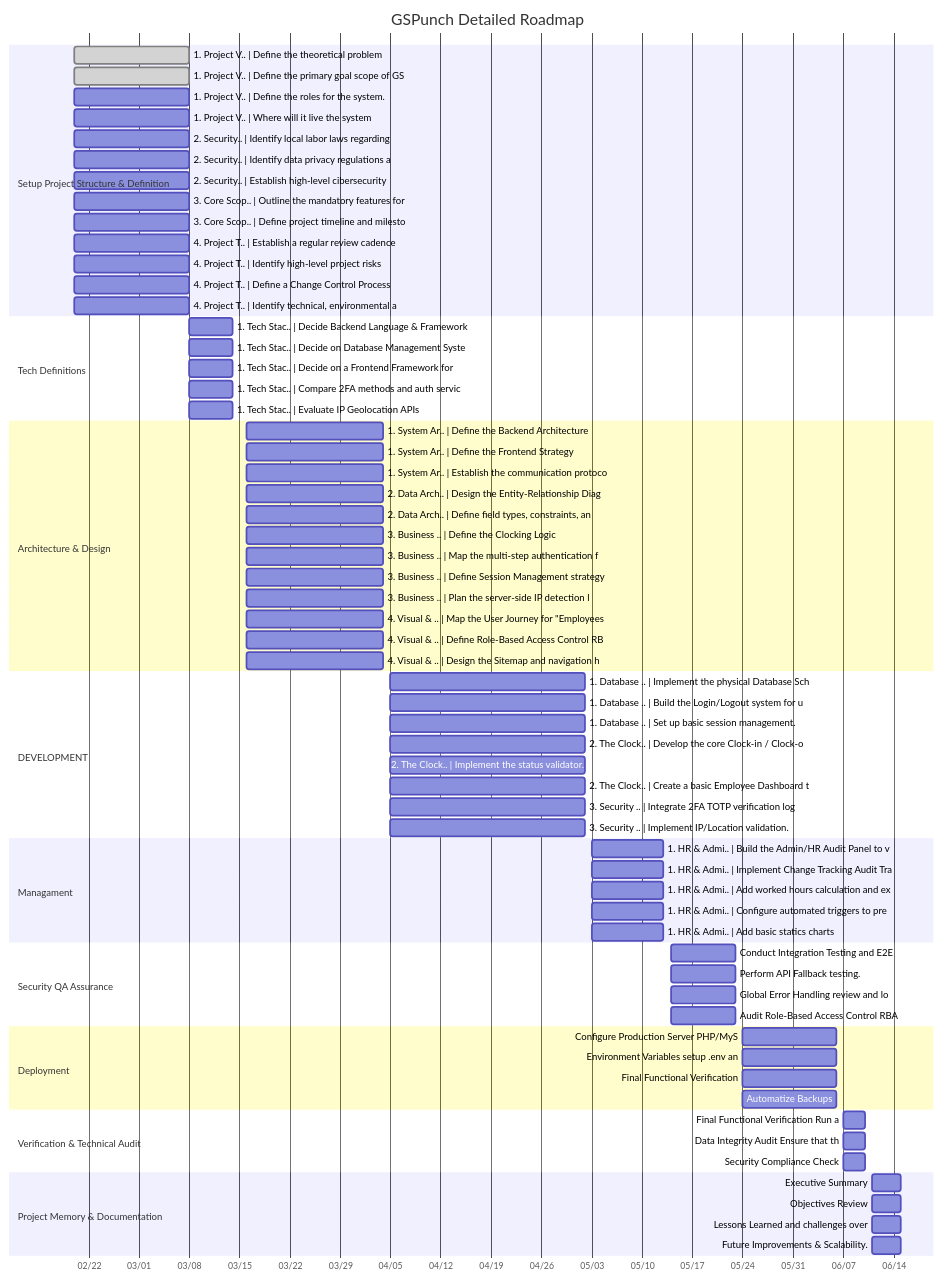
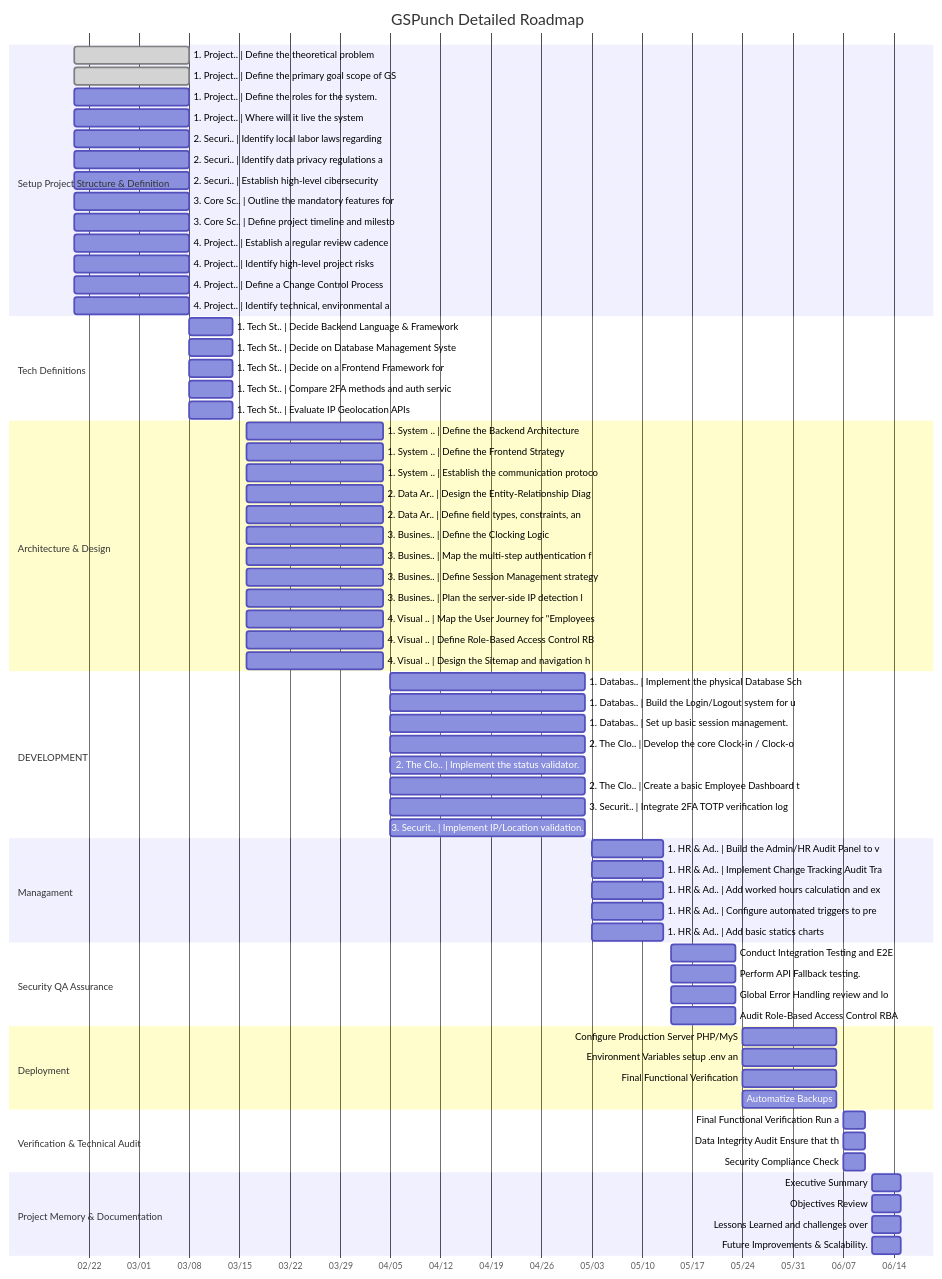
Before and after one commit to jejomoca/GSPunch: the diagram in README.md, drawn with Mermaid.

Commit message:
roadmap update: 22:59

````diff
--- a/README.md
+++ b/README.md
@@ -3,73 +3,73 @@
 ```mermaid
 gantt
     title GSPunch Detailed Roadmap
     dateFormat YYYY-MM-DD
     axisFormat %m/%d
     section Setup Project Structure & Definition
-    1. Project V.. | Define the theoretical problem : done, 2026-02-20, 2026-03-08
-    1. Project V.. | Define the primary goal scope of GS : done, 2026-02-20, 2026-03-08
-    1. Project V.. | Define the roles for the system. : 2026-02-20, 2026-03-08
-    1. Project V.. | Where will it live the system : 2026-02-20, 2026-03-08
-    2.  Security.. | Identify local labor laws regarding : 2026-02-20, 2026-03-08
-    2.  Security.. | Identify data privacy regulations a : 2026-02-20, 2026-03-08
-    2.  Security.. | Establish high-level cibersecurity : 2026-02-20, 2026-03-08
-    3. Core Scop.. | Outline the mandatory features for : 2026-02-20, 2026-03-08
-    3. Core Scop.. | Define project timeline and milesto : 2026-02-20, 2026-03-08
-    4. Project T.. | Establish a regular review cadence : 2026-02-20, 2026-03-08
-    4. Project T.. | Identify high-level project risks : 2026-02-20, 2026-03-08
-    4. Project T.. | Define a Change Control Process : 2026-02-20, 2026-03-08
-    4. Project T.. | Identify technical, environmental a : 2026-02-20, 2026-03-08
+    1. Project.. | Define the theoretical problem : done, 2026-02-20, 2026-03-08
+    1. Project.. | Define the primary goal scope of GS : done, 2026-02-20, 2026-03-08
+    1. Project.. | Define the roles for the system. : 2026-02-20, 2026-03-08
+    1. Project.. | Where will it live the system : 2026-02-20, 2026-03-08
+    2.  Securi.. | Identify local labor laws regarding : 2026-02-20, 2026-03-08
+    2.  Securi.. | Identify data privacy regulations a : 2026-02-20, 2026-03-08
+    2.  Securi.. | Establish high-level cibersecurity : 2026-02-20, 2026-03-08
+    3. Core Sc.. | Outline the mandatory features for : 2026-02-20, 2026-03-08
+    3. Core Sc.. | Define project timeline and milesto : 2026-02-20, 2026-03-08
+    4. Project.. | Establish a regular review cadence : 2026-02-20, 2026-03-08
+    4. Project.. | Identify high-level project risks : 2026-02-20, 2026-03-08
+    4. Project.. | Define a Change Control Process : 2026-02-20, 2026-03-08
+    4. Project.. | Identify technical, environmental a : 2026-02-20, 2026-03-08
     section Tech Definitions
-    1. Tech Stac.. | Decide Backend Language & Framework : 2026-03-08, 2026-03-14
-    1. Tech Stac.. | Decide on Database Management Syste : 2026-03-08, 2026-03-14
-    1. Tech Stac.. | Decide on a Frontend Framework for : 2026-03-08, 2026-03-14
-    1. Tech Stac.. | Compare 2FA methods and auth servic : 2026-03-08, 2026-03-14
-    1. Tech Stac.. | Evaluate IP Geolocation APIs : 2026-03-08, 2026-03-14
+    1. Tech St.. | Decide Backend Language & Framework : 2026-03-08, 2026-03-14
+    1. Tech St.. | Decide on Database Management Syste : 2026-03-08, 2026-03-14
+    1. Tech St.. | Decide on a Frontend Framework for : 2026-03-08, 2026-03-14
+    1. Tech St.. | Compare 2FA methods and auth servic : 2026-03-08, 2026-03-14
+    1. Tech St.. | Evaluate IP Geolocation APIs : 2026-03-08, 2026-03-14
     section Architecture & Design
-    1. System Ar.. | Define the Backend Architecture : 2026-03-16, 2026-04-04
-    1. System Ar.. | Define the Frontend Strategy : 2026-03-16, 2026-04-04
-    1. System Ar.. | Establish the communication protoco : 2026-03-16, 2026-04-04
-    2. Data Arch.. | Design the Entity-Relationship Diag : 2026-03-16, 2026-04-04
-    2. Data Arch.. | Define field types, constraints, an : 2026-03-16, 2026-04-04
-    3. Business .. | Define the Clocking Logic : 2026-03-16, 2026-04-04
-    3. Business .. | Map the multi-step authentication f : 2026-03-16, 2026-04-04
-    3. Business .. | Define Session Management strategy : 2026-03-16, 2026-04-04
-    3. Business .. | Plan the server-side IP detection l : 2026-03-16, 2026-04-04
-    4. Visual & .. | Map the User Journey for "Employees : 2026-03-16, 2026-04-04
-    4. Visual & .. | Define Role-Based Access Control RB : 2026-03-16, 2026-04-04
-    4. Visual & .. | Design the Sitemap and navigation h : 2026-03-16, 2026-04-04
+    1. System .. | Define the Backend Architecture : 2026-03-16, 2026-04-04
+    1. System .. | Define the Frontend Strategy : 2026-03-16, 2026-04-04
+    1. System .. | Establish the communication protoco : 2026-03-16, 2026-04-04
+    2. Data Ar.. | Design the Entity-Relationship Diag : 2026-03-16, 2026-04-04
+    2. Data Ar.. | Define field types, constraints, an : 2026-03-16, 2026-04-04
+    3. Busines.. | Define the Clocking Logic : 2026-03-16, 2026-04-04
+    3. Busines.. | Map the multi-step authentication f : 2026-03-16, 2026-04-04
+    3. Busines.. | Define Session Management strategy : 2026-03-16, 2026-04-04
+    3. Busines.. | Plan the server-side IP detection l : 2026-03-16, 2026-04-04
+    4. Visual .. | Map the User Journey for "Employees : 2026-03-16, 2026-04-04
+    4. Visual .. | Define Role-Based Access Control RB : 2026-03-16, 2026-04-04
+    4. Visual .. | Design the Sitemap and navigation h : 2026-03-16, 2026-04-04
     section DEVELOPMENT
-    1. Database .. | Implement the physical Database Sch : 2026-04-05, 2026-05-02
-    1. Database .. | Build the Login/Logout system for u : 2026-04-05, 2026-05-02
-    1. Database .. | Set up basic session management. : 2026-04-05, 2026-05-02
-    2. The Clock.. | Develop the core Clock-in / Clock-o : 2026-04-05, 2026-05-02
-    2. The Clock.. | Implement the status validator. : 2026-04-05, 2026-05-02
-    2. The Clock.. | Create a basic Employee Dashboard t : 2026-04-05, 2026-05-02
-    3. Security .. | Integrate 2FA TOTP verification log : 2026-04-05, 2026-05-02
-    3. Security .. | Implement IP/Location validation. : 2026-04-05, 2026-05-02
+    1. Databas.. | Implement the physical Database Sch : 2026-04-05, 2026-05-02
+    1. Databas.. | Build the Login/Logout system for u : 2026-04-05, 2026-05-02
+    1. Databas.. | Set up basic session management. : 2026-04-05, 2026-05-02
+    2. The Clo.. | Develop the core Clock-in / Clock-o : 2026-04-05, 2026-05-02
+    2. The Clo.. | Implement the status validator. : 2026-04-05, 2026-05-02
+    2. The Clo.. | Create a basic Employee Dashboard t : 2026-04-05, 2026-05-02
+    3. Securit.. | Integrate 2FA TOTP verification log : 2026-04-05, 2026-05-02
+    3. Securit.. | Implement IP/Location validation. : 2026-04-05, 2026-05-02
     section Managament
-    1. HR & Admi.. | Build the Admin/HR Audit Panel to v : 2026-05-03, 2026-05-13
-    1. HR & Admi.. | Implement Change Tracking Audit Tra : 2026-05-03, 2026-05-13
-    1. HR & Admi.. | Add worked hours calculation and ex : 2026-05-03, 2026-05-13
-    1. HR & Admi.. | Configure automated triggers to pre : 2026-05-03, 2026-05-13
-    1. HR & Admi.. | Add basic statics charts : 2026-05-03, 2026-05-13
+    1. HR & Ad.. | Build the Admin/HR Audit Panel to v : 2026-05-03, 2026-05-13
+    1. HR & Ad.. | Implement Change Tracking Audit Tra : 2026-05-03, 2026-05-13
+    1. HR & Ad.. | Add worked hours calculation and ex : 2026-05-03, 2026-05-13
+    1. HR & Ad.. | Configure automated triggers to pre : 2026-05-03, 2026-05-13
+    1. HR & Ad.. | Add basic statics charts : 2026-05-03, 2026-05-13
     section Security QA Assurance
     Conduct Integration Testing and E2E : 2026-05-14, 2026-05-23
     Perform API Fallback testing. : 2026-05-14, 2026-05-23
     Global Error Handling review and lo : 2026-05-14, 2026-05-23
     Audit Role-Based Access Control RBA : 2026-05-14, 2026-05-23
     section Deployment
     Configure Production Server PHP/MyS : 2026-05-24, 2026-06-06
     Environment Variables setup .env an : 2026-05-24, 2026-06-06
     Final Functional Verification : 2026-05-24, 2026-06-06
     Automatize Backups : 2026-05-24, 2026-06-06
     section Verification & Technical Audit
     Final Functional Verification Run a : 2026-06-07, 2026-06-10
     Data Integrity Audit Ensure that th : 2026-06-07, 2026-06-10
     Security Compliance Check : 2026-06-07, 2026-06-10
     section Project Memory & Documentation
     Executive Summary : 2026-06-11, 2026-06-15
     Objectives Review : 2026-06-11, 2026-06-15
     Lessons Learned and challenges over : 2026-06-11, 2026-06-15
     Future Improvements & Scalability. : 2026-06-11, 2026-06-15
 ```
````
